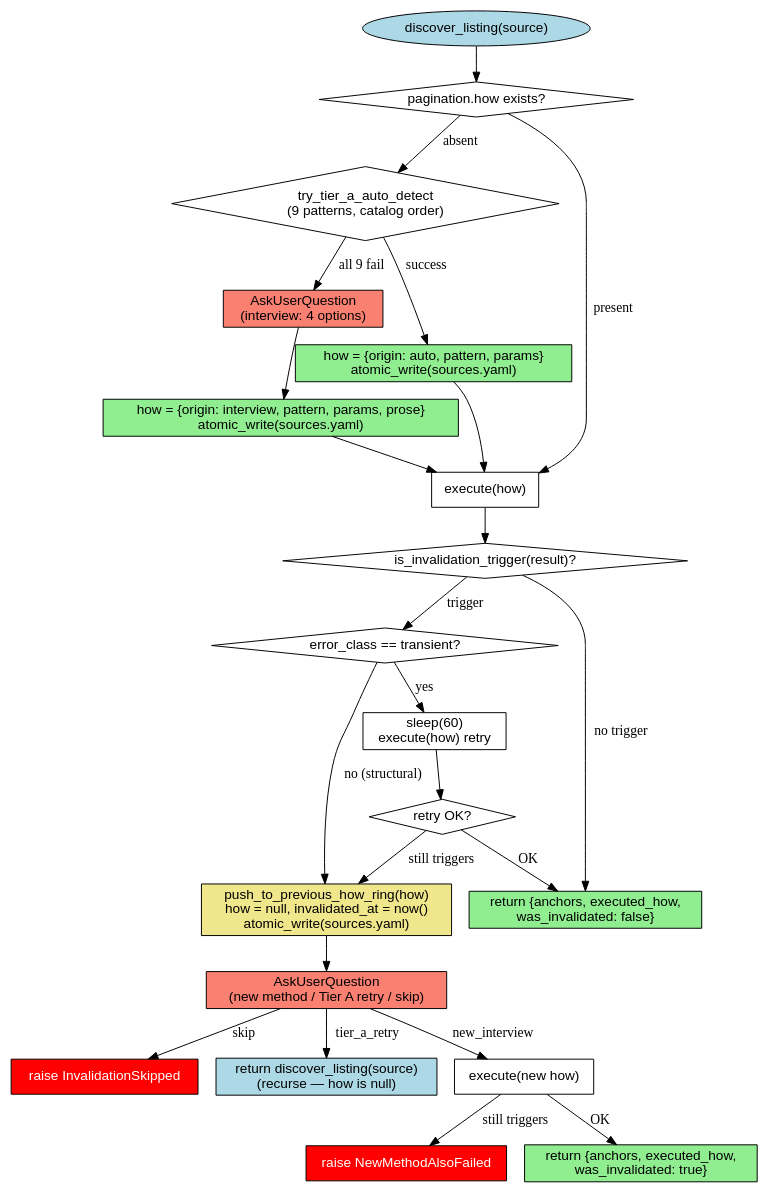
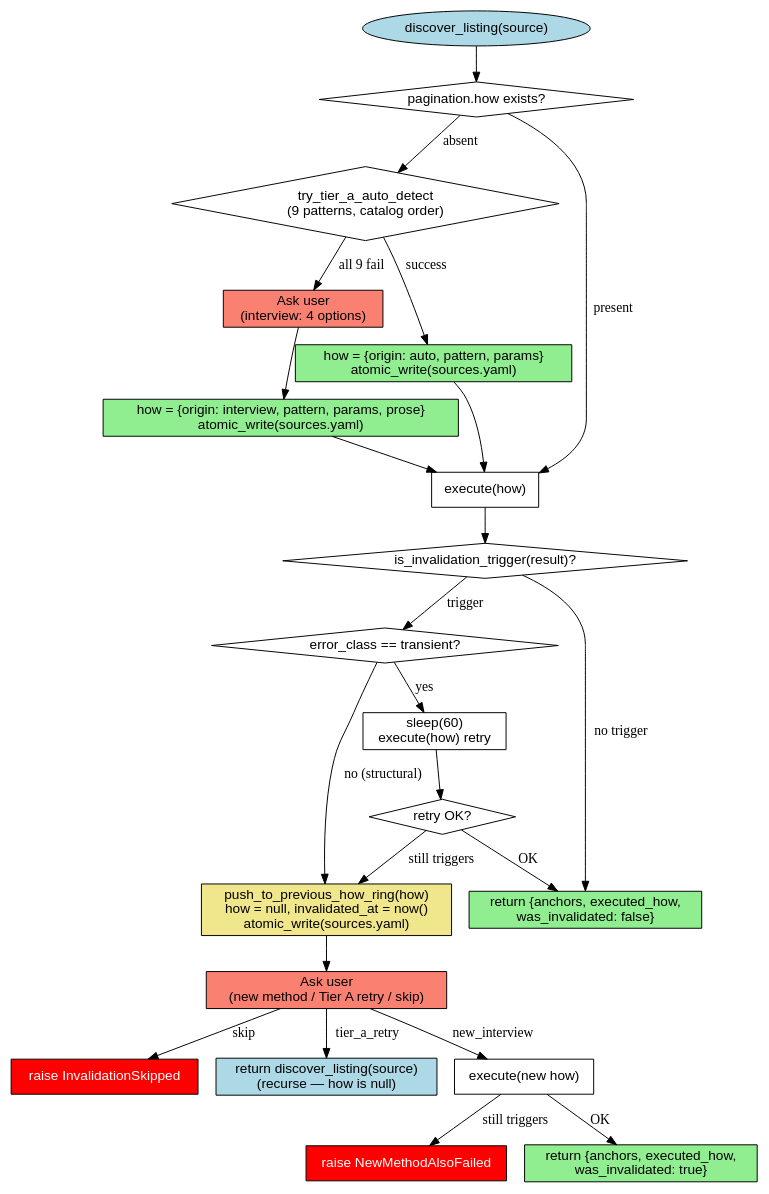
Before and after one commit to toongri/oh-my-toong-playground: the second of 4 diagrams in skills/collect-jd/reference/dedup-and-discovery.md, drawn with Graphviz. The commit also changed other lines of this file and 5 other files, not shown here.

First line of the commit message:
refactor: collect-jd에서 AskUserQuestion 표현 제거

````diff
--- a/skills/collect-jd/reference/dedup-and-discovery.md
+++ b/skills/collect-jd/reference/dedup-and-discovery.md
@@ -357,49 +357,49 @@
 ```dot
 digraph discover_listing {
   rankdir=TB;
   node [shape=box, fontname="Helvetica"];
 
   start [label="discover_listing(source)", shape=ellipse, style=filled, fillcolor=lightblue];
   how_exists [label="pagination.how exists?", shape=diamond];
   tier_a [label="try_tier_a_auto_detect\n(9 patterns, catalog order)", shape=diamond];
   record_auto [label="how = {origin: auto, pattern, params}\natomic_write(sources.yaml)", style=filled, fillcolor=lightgreen];
-  ask_user [label="AskUserQuestion\n(interview: 4 options)", style=filled, fillcolor=salmon];
+  ask_user [label="Ask user\n(interview: 4 options)", style=filled, fillcolor=salmon];
   record_interview [label="how = {origin: interview, pattern, params, prose}\natomic_write(sources.yaml)", style=filled, fillcolor=lightgreen];
   execute_how [label="execute(how)"];
   invalidation [label="is_invalidation_trigger(result)?", shape=diamond];
   transient [label="error_class == transient?", shape=diamond];
   retry [label="sleep(60)\nexecute(how) retry"];
   retry_ok [label="retry OK?", shape=diamond];
   push_ring [label="push_to_previous_how_ring(how)\nhow = null, invalidated_at = now()\natomic_write(sources.yaml)", style=filled, fillcolor=khaki];
-  ask_choice [label="AskUserQuestion\n(new method / Tier A retry / skip)", style=filled, fillcolor=salmon];
+  ask_choice [label="Ask user\n(new method / Tier A retry / skip)", style=filled, fillcolor=salmon];
   skip_raise [label="raise InvalidationSkipped", style=filled, fillcolor=red, fontcolor=white];
   tier_a_retry [label="return discover_listing(source)\n(recurse — how is null)", style=filled, fillcolor=lightblue];
   new_interview_exec [label="execute(new how)"];
   new_fail [label="raise NewMethodAlsoFailed", style=filled, fillcolor=red, fontcolor=white];
   success_invalidated [label="return {anchors, executed_how,\nwas_invalidated: true}", style=filled, fillcolor=lightgreen];
   success_clean [label="return {anchors, executed_how,\nwas_invalidated: false}", style=filled, fillcolor=lightgreen];
 
   start -> how_exists;
   how_exists -> tier_a [label="absent"];
   how_exists -> execute_how [label="present"];
   tier_a -> record_auto [label="success"];
   tier_a -> ask_user [label="all 9 fail"];
   ask_user -> record_interview;
   record_auto -> execute_how;
   record_interview -> execute_how;
   execute_how -> invalidation;
   invalidation -> success_clean [label="no trigger"];
   invalidation -> transient [label="trigger"];
   transient -> retry [label="yes"];
   retry -> retry_ok;
   retry_ok -> success_clean [label="OK"];
   retry_ok -> push_ring [label="still triggers"];
   transient -> push_ring [label="no (structural)"];
   push_ring -> ask_choice;
   ask_choice -> skip_raise [label="skip"];
   ask_choice -> tier_a_retry [label="tier_a_retry"];
   ask_choice -> new_interview_exec [label="new_interview"];
   new_interview_exec -> new_fail [label="still triggers"];
   new_interview_exec -> success_invalidated [label="OK"];
 }
 ```
````
